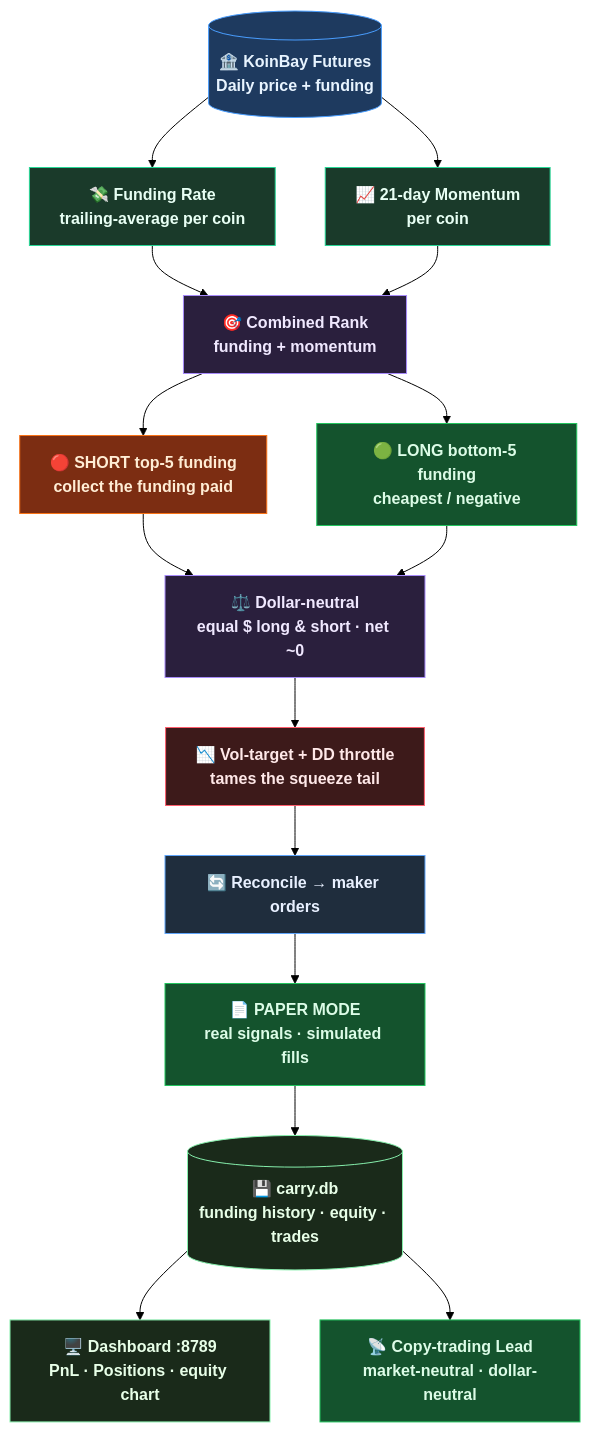
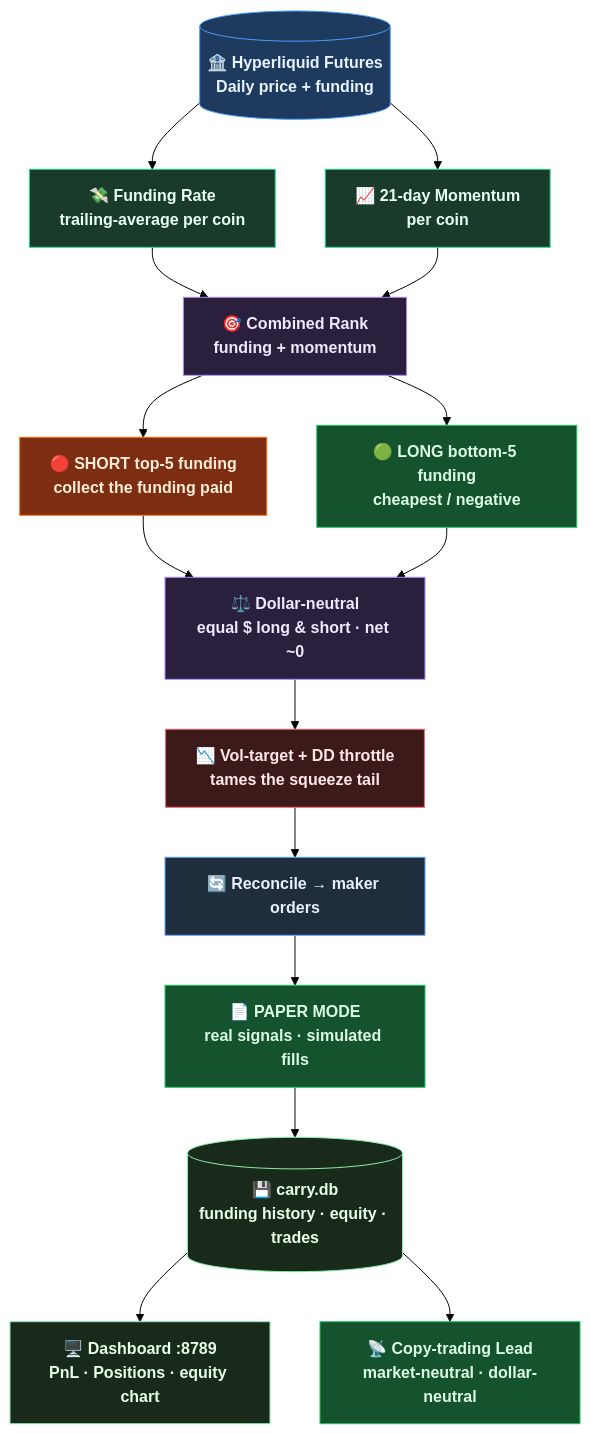
Before and after one commit to adensvaz/Sentinal_Hyperliquid: the third of 3 diagrams in README.md, drawn with Mermaid (forest theme). The commit also changed other lines of this file and 1 other file, not shown here.

First line of the commit message:
ui+docs: rebrand narrative KoinBay -> Hyperliquid; add Funding-Alpha as 4th strategy

````diff
--- a/README.md
+++ b/README.md
@@ -129,28 +132,28 @@
 ```mermaid
 flowchart TD
     classDef data fill:#1e3a5f,stroke:#4a9eff,color:#e8f4ff,font-weight:bold
     classDef signal fill:#1a3a2a,stroke:#27d796,color:#e8fff4,font-weight:bold
     classDef portfolio fill:#2a1f3d,stroke:#a78bfa,color:#f0e8ff,font-weight:bold
     classDef risk fill:#3d1a1a,stroke:#ff5d6c,color:#ffe8e8,font-weight:bold
     classDef exec fill:#1f2d3d,stroke:#60a5fa,color:#e8f0ff,font-weight:bold
     classDef state fill:#1a2a1a,stroke:#86efac,color:#e8ffe8,font-weight:bold
     classDef good fill:#14532d,stroke:#22c55e,color:#dcfce7,font-weight:bold
     classDef warn fill:#7c2d12,stroke:#f97316,color:#ffedd5,font-weight:bold
 
-    KB[("🏦 KoinBay Futures\nDaily price + funding")]:::data
+    KB[("🏦 Hyperliquid Futures\nDaily price + funding")]:::data
 
     KB --> FUND["💸 Funding Rate\ntrailing-average per coin"]:::signal
     KB --> MOM["📈 21-day Momentum\nper coin"]:::signal
 
     FUND & MOM --> RANK["🎯 Combined Rank\nfunding + momentum"]:::portfolio
     RANK --> SHORT["🔴 SHORT top-5 funding\ncollect the funding paid"]:::warn
     RANK --> LONG["🟢 LONG bottom-5 funding\ncheapest / negative"]:::good
     SHORT & LONG --> NEUTRAL["⚖️ Dollar-neutral\nequal $ long & short · net ~0"]:::portfolio
 
     NEUTRAL --> DRISK["📉 Vol-target + DD throttle\ntames the squeeze tail"]:::risk
     DRISK --> RECON["🔄 Reconcile → maker orders"]:::exec
     RECON --> PAPER["📄 PAPER MODE\nreal signals · simulated fills"]:::good
     PAPER --> DB[("💾 carry.db\nfunding history · equity · trades")]:::state
     DB --> DASH["🖥️ Dashboard :8789\nPnL · Positions · equity chart"]:::state
     DB --> COPY["📡 Copy-trading Lead\nmarket-neutral · dollar-neutral"]:::good
 ```
````
